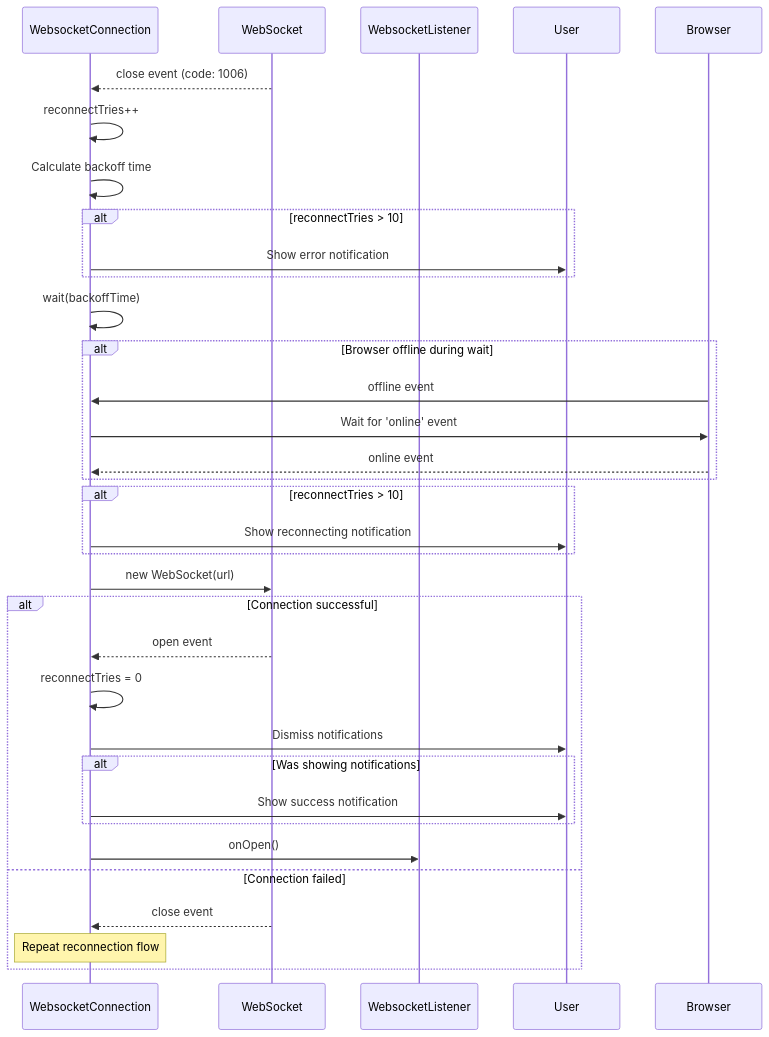
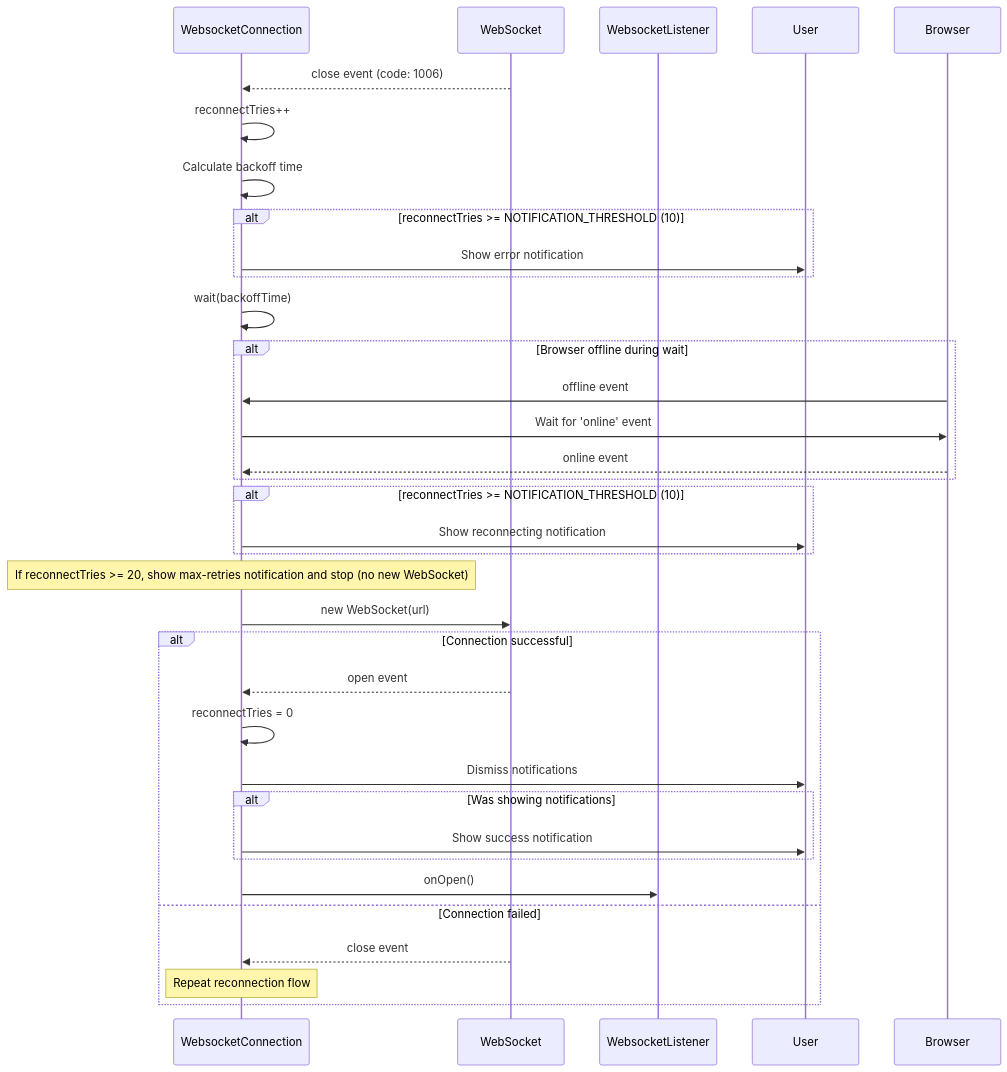
The sixth of 10 diagrams in src/lib/WEBSOCKET_CONNECTION.md (max-troost-io/mt-use-websockets), drawn with Mermaid before and after one commit. The commit also changed other lines of this file and 5 other files, not shown here.

Commit message:
Rename package to @mt-use-websocket, update README for clarity, and enhance WebSocket connection management with custom logger support. Adjusted API methods and documentation for improved usability and consistency.

````diff
--- a/src/lib/WEBSOCKET_CONNECTION.md
+++ b/src/lib/WEBSOCKET_CONNECTION.md
@@ -281,43 +275,45 @@
 ```mermaid
 sequenceDiagram
     participant Connection as WebsocketConnection
     participant Socket as WebSocket
     participant Listener as WebsocketListener
     participant User
     participant Browser
 
     Socket-->>Connection: close event (code: 1006)
     Connection->>Connection: reconnectTries++
     Connection->>Connection: Calculate backoff time
 
-    alt reconnectTries > 10
+    alt reconnectTries >= NOTIFICATION_THRESHOLD (10)
         Connection->>User: Show error notification
     end
 
     Connection->>Connection: wait(backoffTime)
 
     alt Browser offline during wait
         Browser->>Connection: offline event
         Connection->>Browser: Wait for 'online' event
         Browser-->>Connection: online event
     end
 
-    alt reconnectTries > 10
+    alt reconnectTries >= NOTIFICATION_THRESHOLD (10)
         Connection->>User: Show reconnecting notification
     end
+
+    Note over Connection: If reconnectTries >= 20, show max-retries notification and stop (no new WebSocket)
 
     Connection->>Socket: new WebSocket(url)
 
     alt Connection successful
         Socket-->>Connection: open event
         Connection->>Connection: reconnectTries = 0
         Connection->>User: Dismiss notifications
         alt Was showing notifications
             Connection->>User: Show success notification
         end
         Connection->>Listener: onOpen()
     else Connection failed
         Socket-->>Connection: close event
         Note over Connection: Repeat reconnection flow
     end
 ```
````
